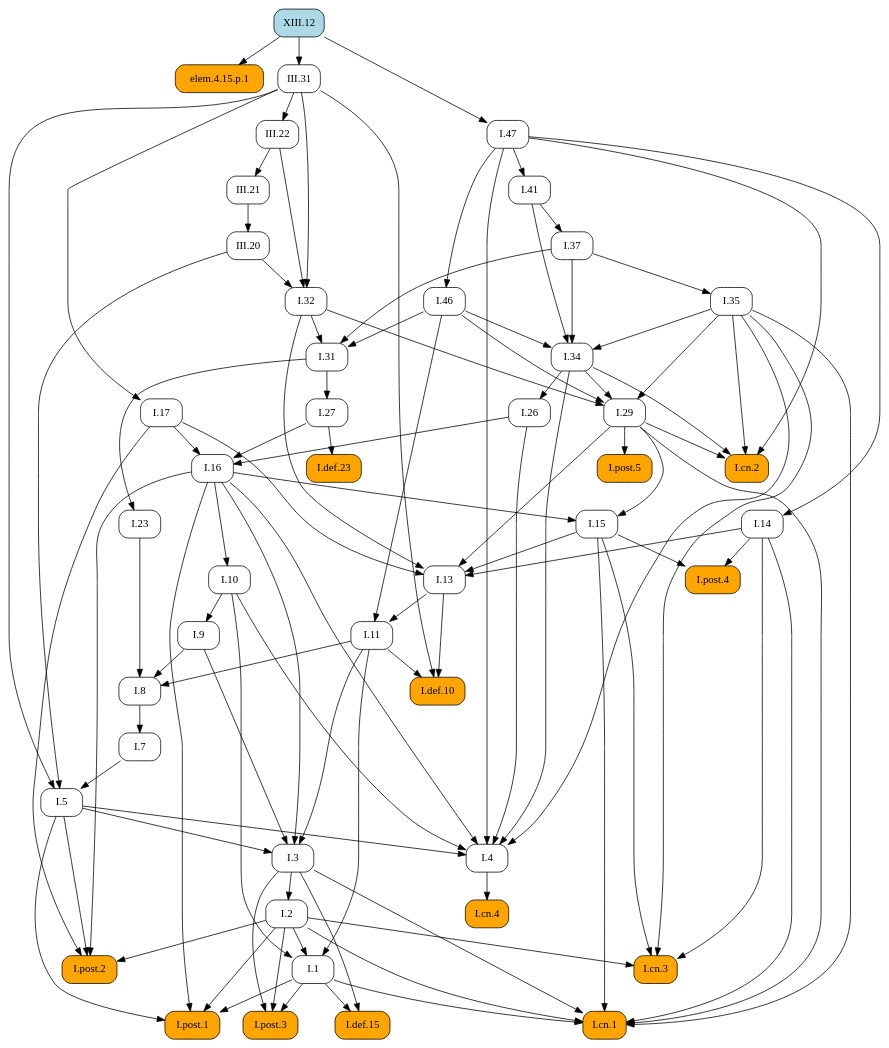
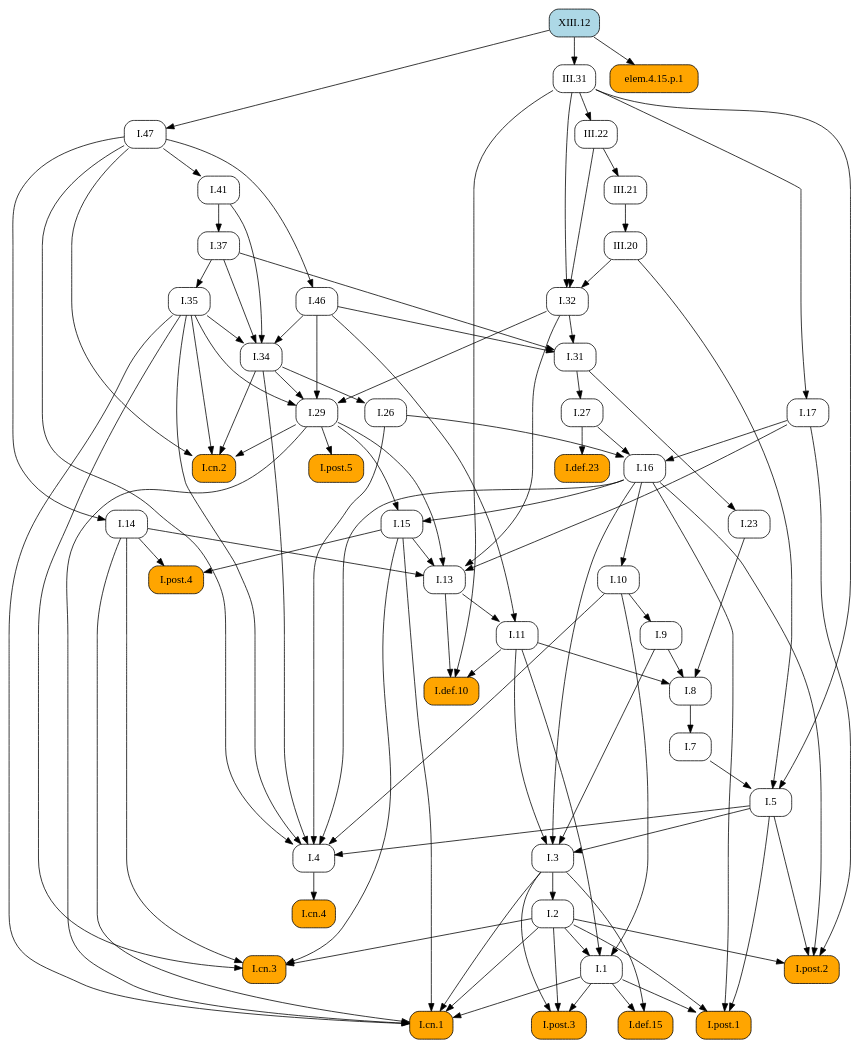
Before and after one commit to geometor/elements: the diagram in docsrc/heath/XIII/12/index.rst, drawn with Graphviz. The commit also changed other lines of this file and 1029 other files, not shown here.

```diff
--- a/docsrc/heath/XIII/12/index.rst
+++ b/docsrc/heath/XIII/12/index.rst
@@ -43,106 +43,111 @@
    digraph {
      rankdir="TB";
      node [shape=box, style=rounded];
+     "I.def.10" [style="rounded,filled", fillcolor=orange, URL="/heath/I/def.10/", target="_top"];
+     "I.11" [URL="/heath/I/11/", target="_top"];
+     "I.post.4" [style="rounded,filled", fillcolor=orange, URL="/heath/I/post.4/", target="_top"];
+     "I.1" [URL="/heath/I/1/", target="_top"];
+     "I.26" [URL="/heath/I/26/", target="_top"];
+     "elem.4.15.p.1" [style="rounded,filled", fillcolor=orange];
+     "I.29" [URL="/heath/I/29/", target="_top"];
+     "III.20" [URL="/heath/III/20/", target="_top"];
+     "I.cn.2" [style="rounded,filled", fillcolor=orange, URL="/heath/I/cn.2/", target="_top"];
+     "III.31" [URL="/heath/III/31/", target="_top"];
+     "I.47" [URL="/heath/I/47/", target="_top"];
+     "I.def.15" [style="rounded,filled", fillcolor=orange, URL="/heath/I/def.15/", target="_top"];
+     "I.post.3" [style="rounded,filled", fillcolor=orange, URL="/heath/I/post.3/", target="_top"];
+     "I.cn.1" [style="rounded,filled", fillcolor=orange, URL="/heath/I/cn.1/", target="_top"];
      "I.cn.3" [style="rounded,filled", fillcolor=orange, URL="/heath/I/cn.3/", target="_top"];
+     "I.14" [URL="/heath/I/14/", target="_top"];
+     "I.23" [URL="/heath/I/23/", target="_top"];
+     "I.post.1" [style="rounded,filled", fillcolor=orange, URL="/heath/I/post.1/", target="_top"];
+     "I.35" [URL="/heath/I/35/", target="_top"];
+     "I.41" [URL="/heath/I/41/", target="_top"];
+     "I.27" [URL="/heath/I/27/", target="_top"];
+     "I.46" [URL="/heath/I/46/", target="_top"];
+     "I.37" [URL="/heath/I/37/", target="_top"];
+     "I.34" [URL="/heath/I/34/", target="_top"];
+     "I.3" [URL="/heath/I/3/", target="_top"];
+     "I.7" [URL="/heath/I/7/", target="_top"];
+     "XIII.12" [style="rounded,filled", fillcolor=lightblue, URL="/heath/XIII/12/", target="_top"];
+     "I.2" [URL="/heath/I/2/", target="_top"];
+     "I.4" [URL="/heath/I/4/", target="_top"];
+     "I.def.23" [style="rounded,filled", fillcolor=orange, URL="/heath/I/def.23/", target="_top"];
+     "I.13" [URL="/heath/I/13/", target="_top"];
+     "I.17" [URL="/heath/I/17/", target="_top"];
+     "I.31" [URL="/heath/I/31/", target="_top"];
+     "I.post.2" [style="rounded,filled", fillcolor=orange, URL="/heath/I/post.2/", target="_top"];
+     "I.16" [URL="/heath/I/16/", target="_top"];
+     "I.9" [URL="/heath/I/9/", target="_top"];
+     "I.32" [URL="/heath/I/32/", target="_top"];
+     "I.8" [URL="/heath/I/8/", target="_top"];
+     "I.cn.4" [style="rounded,filled", fillcolor=orange, URL="/heath/I/cn.4/", target="_top"];
+     "I.15" [URL="/heath/I/15/", target="_top"];
+     "III.21" [URL="/heath/III/21/", target="_top"];
      "III.22" [URL="/heath/III/22/", target="_top"];
-     "I.29" [URL="/heath/I/29/", target="_top"];
-     "I.7" [URL="/heath/I/7/", target="_top"];
-     "I.27" [URL="/heath/I/27/", target="_top"];
-     "I.37" [URL="/heath/I/37/", target="_top"];
-     "I.def.23" [style="rounded,filled", fillcolor=orange, URL="/heath/I/def.23/", target="_top"];
-     "I.34" [URL="/heath/I/34/", target="_top"];
-     "I.8" [URL="/heath/I/8/", target="_top"];
-     "I.9" [URL="/heath/I/9/", target="_top"];
-     "I.post.4" [style="rounded,filled", fillcolor=orange, URL="/heath/I/post.4/", target="_top"];
-     "III.20" [URL="/heath/III/20/", target="_top"];
-     "I.2" [URL="/heath/I/2/", target="_top"];
-     "I.def.15" [style="rounded,filled", fillcolor=orange, URL="/heath/I/def.15/", target="_top"];
-     "I.1" [URL="/heath/I/1/", target="_top"];
-     "I.post.1" [style="rounded,filled", fillcolor=orange, URL="/heath/I/post.1/", target="_top"];
-     "elem.4.15.p.1" [style="rounded,filled", fillcolor=orange];
-     "I.cn.4" [style="rounded,filled", fillcolor=orange, URL="/heath/I/cn.4/", target="_top"];
-     "XIII.12" [style="rounded,filled", fillcolor=lightblue, URL="/heath/XIII/12/", target="_top"];
-     "I.26" [URL="/heath/I/26/", target="_top"];
-     "III.31" [URL="/heath/III/31/", target="_top"];
-     "I.13" [URL="/heath/I/13/", target="_top"];
-     "I.23" [URL="/heath/I/23/", target="_top"];
-     "I.cn.2" [style="rounded,filled", fillcolor=orange, URL="/heath/I/cn.2/", target="_top"];
+     "I.post.5" [style="rounded,filled", fillcolor=orange, URL="/heath/I/post.5/", target="_top"];
+     "I.10" [URL="/heath/I/10/", target="_top"];
      "I.5" [URL="/heath/I/5/", target="_top"];
-     "III.21" [URL="/heath/III/21/", target="_top"];
-     "I.11" [URL="/heath/I/11/", target="_top"];
-     "I.10" [URL="/heath/I/10/", target="_top"];
-     "I.4" [URL="/heath/I/4/", target="_top"];
-     "I.3" [URL="/heath/I/3/", target="_top"];
-     "I.16" [URL="/heath/I/16/", target="_top"];
-     "I.31" [URL="/heath/I/31/", target="_top"];
-     "I.def.10" [style="rounded,filled", fillcolor=orange, URL="/heath/I/def.10/", target="_top"];
-     "I.46" [URL="/heath/I/46/", target="_top"];
-     "I.post.2" [style="rounded,filled", fillcolor=orange, URL="/heath/I/post.2/", target="_top"];
-     "I.post.3" [style="rounded,filled", fillcolor=orange, URL="/heath/I/post.3/", target="_top"];
-     "I.post.5" [style="rounded,filled", fillcolor=orange, URL="/heath/I/post.5/", target="_top"];
-     "I.14" [URL="/heath/I/14/", target="_top"];
-     "I.35" [URL="/heath/I/35/", target="_top"];
-     "I.47" [URL="/heath/I/47/", target="_top"];
-     "I.15" [URL="/heath/I/15/", target="_top"];
-     "I.17" [URL="/heath/I/17/", target="_top"];
-     "I.cn.1" [style="rounded,filled", fillcolor=orange, URL="/heath/I/cn.1/", target="_top"];
-     "I.32" [URL="/heath/I/32/", target="_top"];
-     "I.41" [URL="/heath/I/41/", target="_top"];
+     "I.11" -> "I.def.10";
+     "I.13" -> "I.def.10";
+     "III.31" -> "I.def.10";
+     "I.13" -> "I.11";
+     "I.46" -> "I.11";
+     "I.14" -> "I.post.4";
+     "I.15" -> "I.post.4";
+     "I.2" -> "I.1";
+     "I.10" -> "I.1";
+     "I.11" -> "I.1";
+     "I.34" -> "I.26";
+     "XIII.12" -> "elem.4.15.p.1";
+     "I.32" -> "I.29";
+     "I.34" -> "I.29";
+     "I.35" -> "I.29";
+     "I.46" -> "I.29";
+     "III.21" -> "III.20";
+     "I.29" -> "I.cn.2";
+     "I.34" -> "I.cn.2";
+     "I.35" -> "I.cn.2";
+     "I.47" -> "I.cn.2";
+     "XIII.12" -> "III.31";
+     "XIII.12" -> "I.47";
+     "I.1" -> "I.def.15";
+     "I.3" -> "I.def.15";
+     "I.1" -> "I.post.3";
+     "I.2" -> "I.post.3";
+     "I.3" -> "I.post.3";
+     "I.1" -> "I.cn.1";
+     "I.2" -> "I.cn.1";
+     "I.3" -> "I.cn.1";
+     "I.14" -> "I.cn.1";
+     "I.15" -> "I.cn.1";
+     "I.29" -> "I.cn.1";
+     "I.35" -> "I.cn.1";
      "I.2" -> "I.cn.3";
      "I.14" -> "I.cn.3";
      "I.15" -> "I.cn.3";
      "I.35" -> "I.cn.3";
-     "III.31" -> "III.22";
-     "I.32" -> "I.29";
-     "I.34" -> "I.29";
-     "I.35" -> "I.29";
-     "I.46" -> "I.29";
-     "I.8" -> "I.7";
+     "I.47" -> "I.14";
+     "I.31" -> "I.23";
+     "I.1" -> "I.post.1";
+     "I.2" -> "I.post.1";
+     "I.5" -> "I.post.1";
+     "I.16" -> "I.post.1";
+     "I.37" -> "I.35";
+     "I.47" -> "I.41";
      "I.31" -> "I.27";
+     "I.47" -> "I.46";
      "I.41" -> "I.37";
-     "I.27" -> "I.def.23";
      "I.35" -> "I.34";
      "I.37" -> "I.34";
      "I.41" -> "I.34";
      "I.46" -> "I.34";
-     "I.9" -> "I.8";
-     "I.11" -> "I.8";
-     "I.23" -> "I.8";
-     "I.10" -> "I.9";
-     "I.14" -> "I.post.4";
-     "I.15" -> "I.post.4";
-     "III.21" -> "III.20";
+     "I.5" -> "I.3";
+     "I.9" -> "I.3";
+     "I.11" -> "I.3";
+     "I.16" -> "I.3";
+     "I.8" -> "I.7";
      "I.3" -> "I.2";
-     "I.1" -> "I.def.15";
-     "I.3" -> "I.def.15";
-     "I.2" -> "I.1";
-     "I.10" -> "I.1";
-     "I.11" -> "I.1";
-     "I.1" -> "I.post.1";
-     "I.2" -> "I.post.1";
-     "I.5" -> "I.post.1";
-     "I.16" -> "I.post.1";
-     "XIII.12" -> "elem.4.15.p.1";
-     "I.4" -> "I.cn.4";
-     "I.34" -> "I.26";
-     "XIII.12" -> "III.31";
-     "I.14" -> "I.13";
-     "I.15" -> "I.13";
-     "I.17" -> "I.13";
-     "I.29" -> "I.13";
-     "I.32" -> "I.13";
-     "I.31" -> "I.23";
-     "I.29" -> "I.cn.2";
-     "I.34" -> "I.cn.2";
-     "I.35" -> "I.cn.2";
-     "I.47" -> "I.cn.2";
-     "I.7" -> "I.5";
-     "III.20" -> "I.5";
-     "III.31" -> "I.5";
-     "III.22" -> "III.21";
-     "I.13" -> "I.11";
-     "I.46" -> "I.11";
-     "I.16" -> "I.10";
      "I.5" -> "I.4";
      "I.10" -> "I.4";
      "I.16" -> "I.4";
@@ -150,43 +155,38 @@
      "I.34" -> "I.4";
      "I.35" -> "I.4";
      "I.47" -> "I.4";
-     "I.5" -> "I.3";
-     "I.9" -> "I.3";
-     "I.11" -> "I.3";
-     "I.16" -> "I.3";
-     "I.17" -> "I.16";
-     "I.26" -> "I.16";
-     "I.27" -> "I.16";
+     "I.27" -> "I.def.23";
+     "I.14" -> "I.13";
+     "I.15" -> "I.13";
+     "I.17" -> "I.13";
+     "I.29" -> "I.13";
+     "I.32" -> "I.13";
+     "III.31" -> "I.17";
      "I.32" -> "I.31";
      "I.37" -> "I.31";
      "I.46" -> "I.31";
-     "I.11" -> "I.def.10";
-     "I.13" -> "I.def.10";
-     "III.31" -> "I.def.10";
-     "I.47" -> "I.46";
      "I.2" -> "I.post.2";
      "I.5" -> "I.post.2";
      "I.16" -> "I.post.2";
      "I.17" -> "I.post.2";
-     "I.1" -> "I.post.3";
-     "I.2" -> "I.post.3";
-     "I.3" -> "I.post.3";
-     "I.29" -> "I.post.5";
-     "I.47" -> "I.14";
-     "I.37" -> "I.35";
-     "XIII.12" -> "I.47";
-     "I.16" -> "I.15";
-     "I.29" -> "I.15";
-     "III.31" -> "I.17";
-     "I.1" -> "I.cn.1";
-     "I.2" -> "I.cn.1";
-     "I.3" -> "I.cn.1";
-     "I.14" -> "I.cn.1";
-     "I.15" -> "I.cn.1";
-     "I.29" -> "I.cn.1";
-     "I.35" -> "I.cn.1";
+     "I.17" -> "I.16";
+     "I.26" -> "I.16";
+     "I.27" -> "I.16";
+     "I.10" -> "I.9";
      "III.20" -> "I.32";
      "III.22" -> "I.32";
      "III.31" -> "I.32";
-     "I.47" -> "I.41";
+     "I.9" -> "I.8";
+     "I.11" -> "I.8";
+     "I.23" -> "I.8";
+     "I.4" -> "I.cn.4";
+     "I.16" -> "I.15";
+     "I.29" -> "I.15";
+     "III.22" -> "III.21";
+     "III.31" -> "III.22";
+     "I.29" -> "I.post.5";
+     "I.16" -> "I.10";
+     "I.7" -> "I.5";
+     "III.20" -> "I.5";
+     "III.31" -> "I.5";
    }
```
